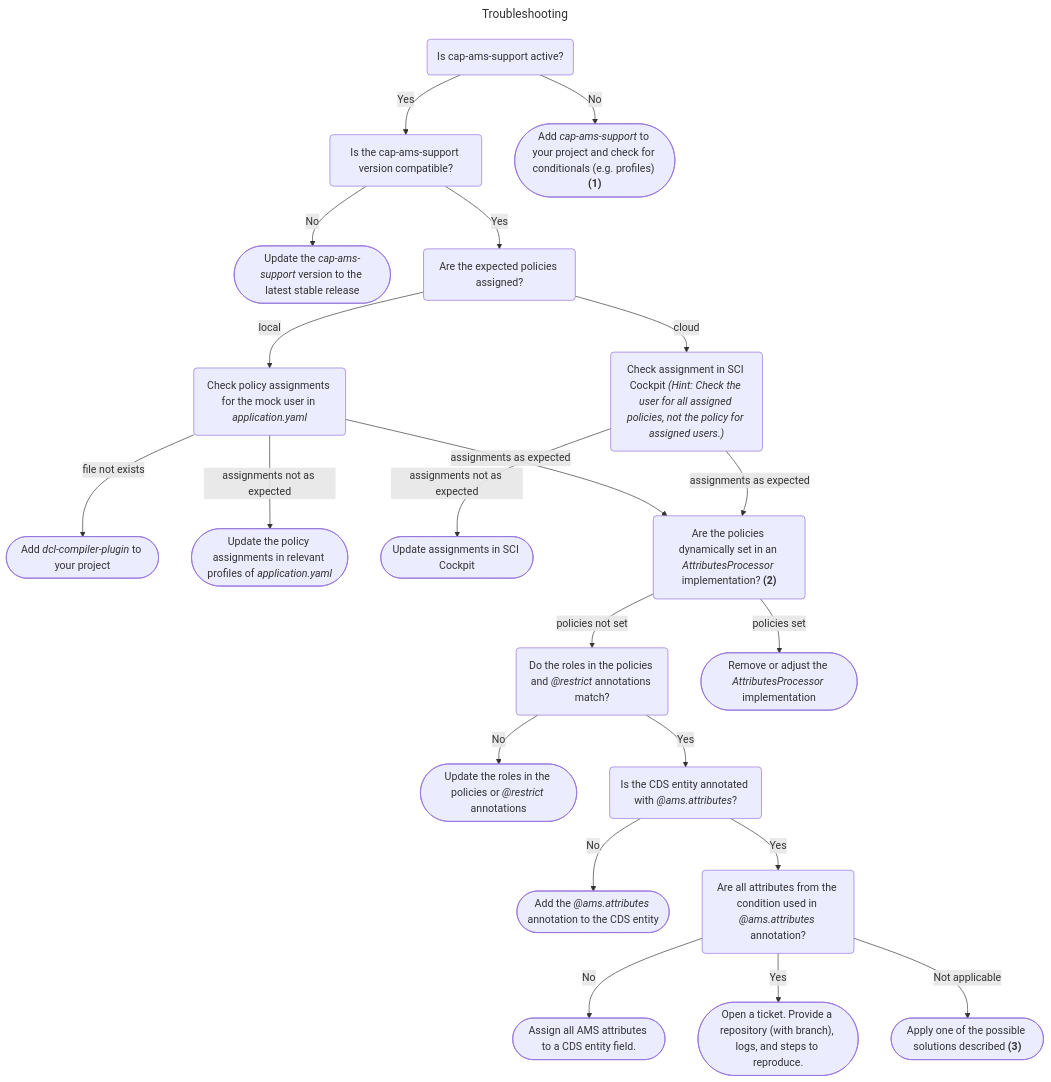
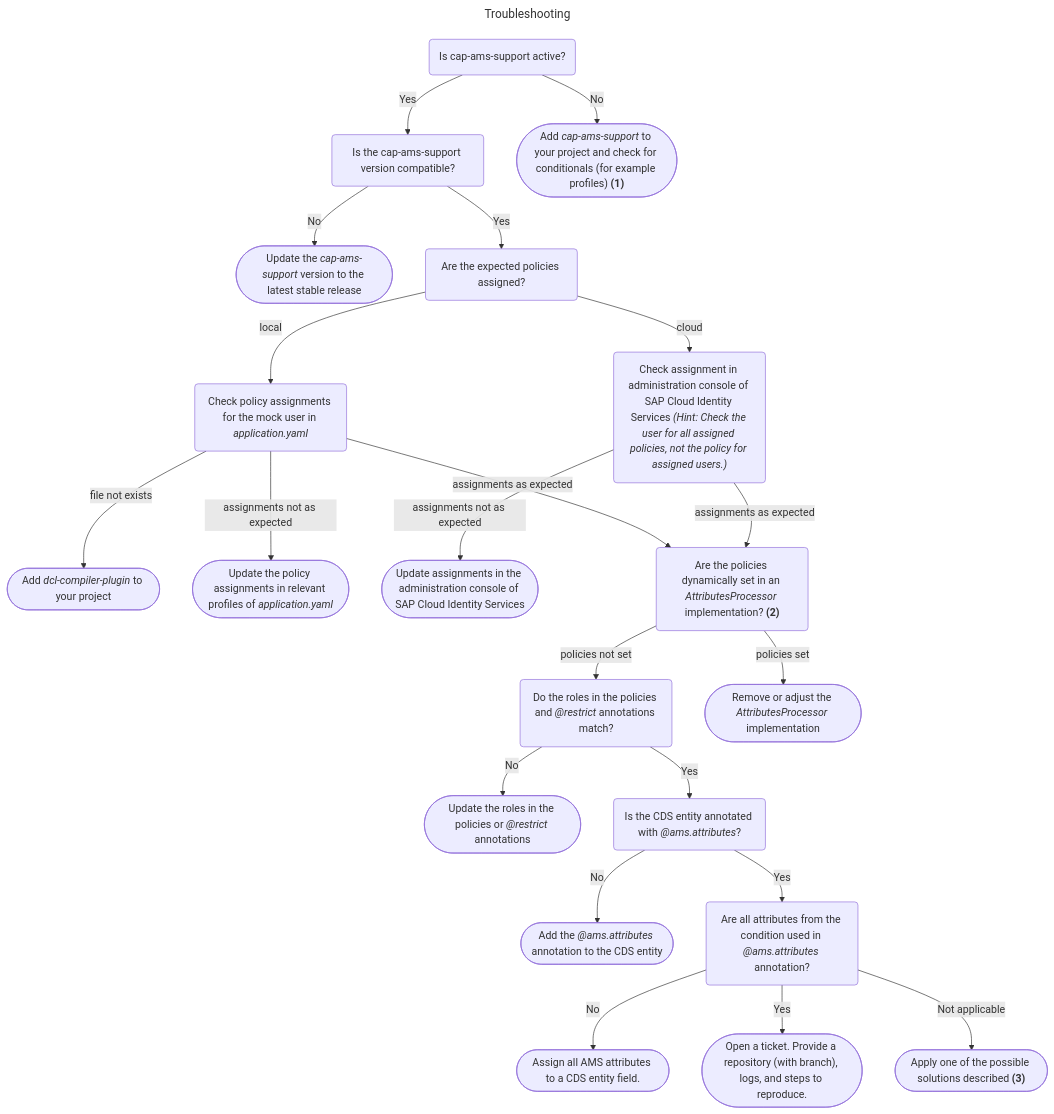
One commit to SAP/cloud-identity-developer-guide changed the diagram in docs/Libraries/java/cap-ams-support/cap-ams-support.md. Above: the diagram before and after it, drawn with Mermaid. The commit also changed other lines of this file, not shown here.

Commit message:
cap-ams-support.md

````diff
--- a/docs/Libraries/java/cap-ams-support/cap-ams-support.md
+++ b/docs/Libraries/java/cap-ams-support/cap-ams-support.md
@@ -231,52 +213,52 @@
 ```mermaid
 ---
 title: Troubleshooting
 ---
 flowchart TD
    id1("`Is cap-ams-support active?`")
    id1a("`Is the cap-ams-support version compatible?`")
    id1b(["`Update the *cap-ams-support* version to the latest stable release`"])
-   id2(["`Add *cap-ams-support* to your project and check for conditionals (e.g. profiles) **(1)**`"])
+   id2(["`Add *cap-ams-support* to your project and check for conditionals (for example profiles) **(1)**`"])
    id3("`Are the expected policies assigned?`")
    id4("`Check policy assignments for the mock user in *application.yaml*`")
    id5(["`Add *dcl-compiler-plugin* to your project`"])
-   id6("`Check assignment in SCI Cockpit *(Hint: Check the user for all assigned policies, not the policy for assigned users.)*`")
+   id6("`Check assignment in administration console of SAP Cloud Identity Services *(Hint: Check the user for all assigned policies, not the policy for assigned users.)*`")
    id7("`Do the roles in the policies and *@restrict* annotations match?`")
    id8(["`Update the policy assignments in relevant profiles of *application.yaml*`"])
-   id9(["`Update assignments in SCI Cockpit`"])
+   id9(["`Update assignments in the administration console of SAP Cloud Identity Services`"])
    id10("`Are the policies dynamically set in an *AttributesProcessor* implementation? **(2)**`")
    id11(["`Remove or adjust the *AttributesProcessor* implementation`"])
    id12(["`Update the roles in the policies or *@restrict* annotations`"])
    id13("`Is the CDS entity annotated with *@ams.attributes*?`")
    id14(["`Add the *@ams.attributes* annotation to the CDS entity`"])
    id15("`Are all attributes from the condition used in *@ams.attributes* annotation?`")
    id16(["`Assign all AMS attributes to a CDS entity field.`"])
    id17(["`Open a ticket. Provide a repository (with branch), logs, and steps to reproduce.`"])
    id18(["`Apply one of the possible solutions described **(3)**`"])
 
    id1 -->|Yes| id1a
    id1 -->|No| id2
    id1a -->|Yes| id3
    id1a -->|No| id1b
    id3 -->|local| id4
    id3 -->|cloud| id6
    id4 -->|file not exists| id5
    id4 -->|assignments as expected| id10
    id4 -->|assignments not as expected| id8
    id6 -->|assignments as expected| id10
    id6 -->|assignments not as expected| id9
    id10 -->|policies not set| id7
    id10 -->|policies set| id11
    id7 -->|No| id12
    id7 -->|Yes| id13
    id13 -->|No| id14
    id13 -->|Yes| id15
    id15 -->|No| id16
    id15 -->|Yes| id17
    id15 -->|Not applicable|id18
    
    
    
             
     
 ```
````
